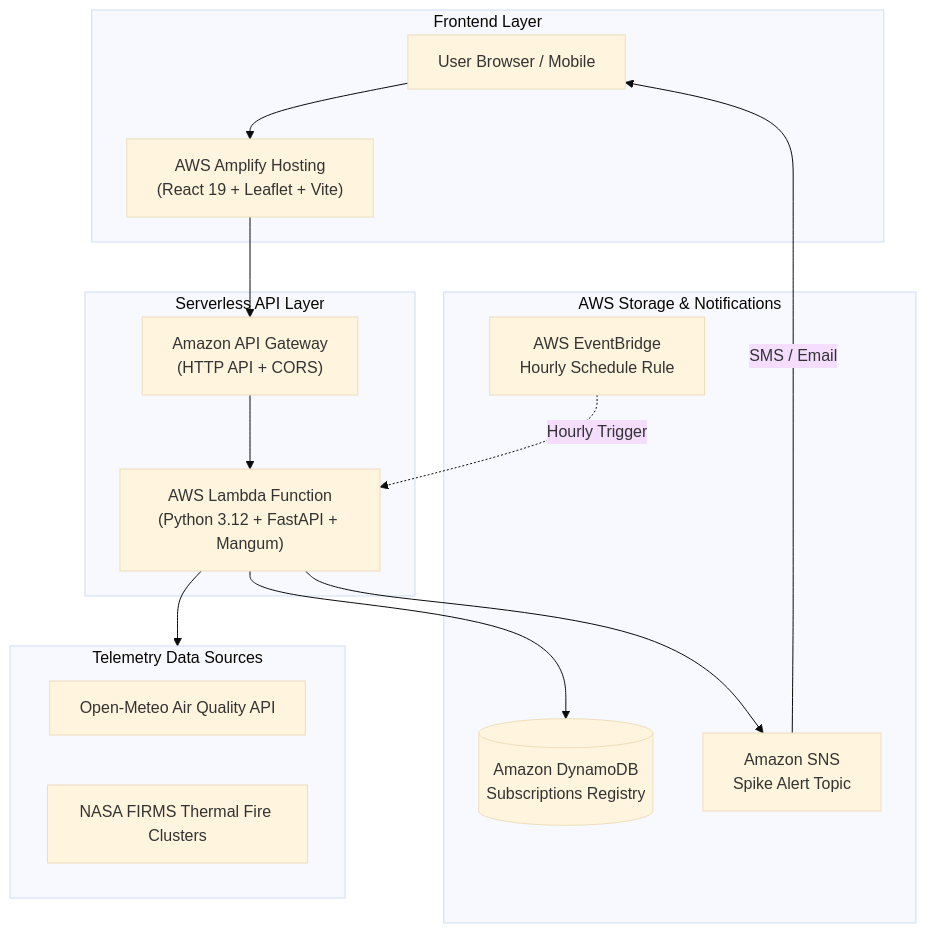
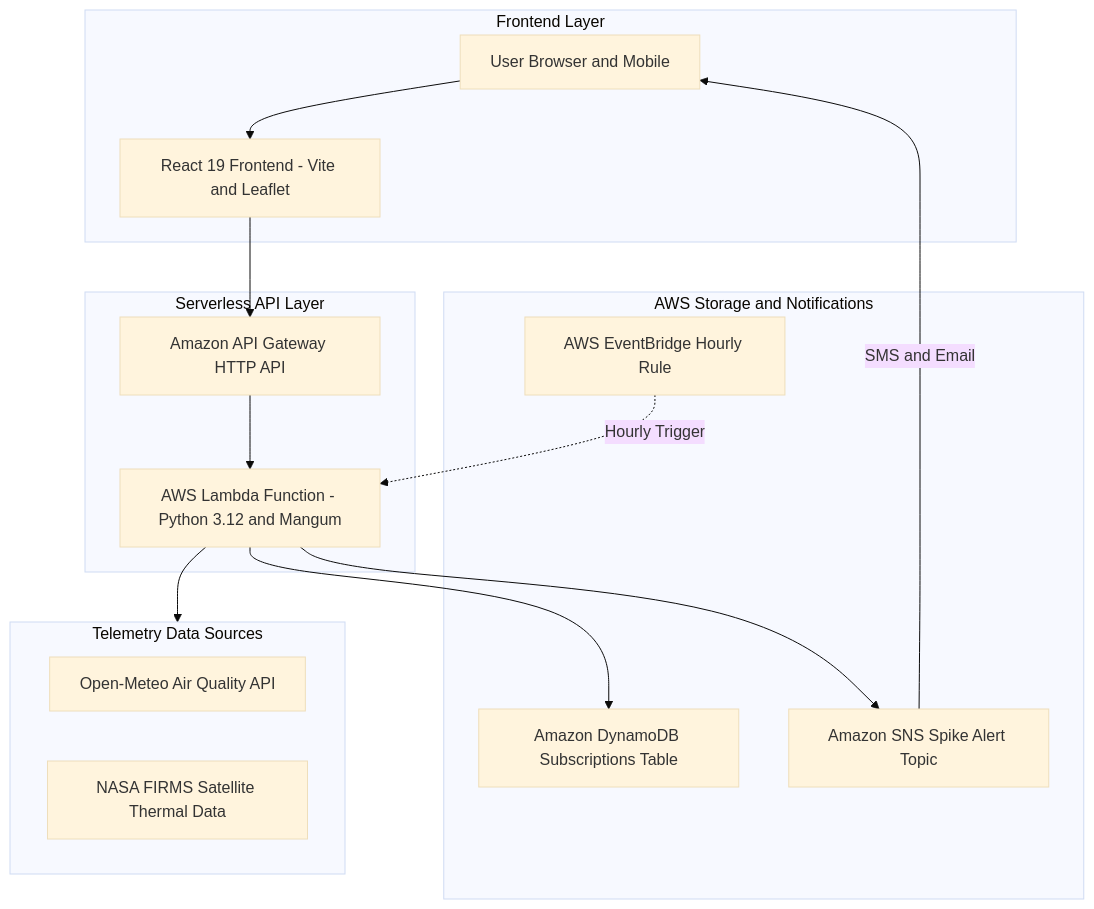
One commit to akshayaparida/better_AQI changed the diagram in HACKATHON_SUBMISSION.md. Above: the diagram before and after it, drawn with Mermaid (base theme). The commit also changed 1 other file, not shown here.

Commit message:
docs: fix Mermaid diagram syntax for clean GitHub rendering

````diff
--- a/HACKATHON_SUBMISSION.md
+++ b/HACKATHON_SUBMISSION.md
@@ -41,32 +41,32 @@
 ```mermaid
 flowchart TD
     subgraph Clients["Frontend Layer"]
-        User["User Browser / Mobile"]
-        Amplify["AWS Amplify Hosting<br/>(React 19 + Leaflet + Vite)"]
+        User["User Browser and Mobile"]
+        Amplify["React 19 Frontend - Vite and Leaflet"]
     end
 
     subgraph Ingestion["Serverless API Layer"]
-        APIGW["Amazon API Gateway<br/>(HTTP API + CORS)"]
-        Lambda["AWS Lambda Function<br/>(Python 3.12 + FastAPI + Mangum)"]
+        APIGW["Amazon API Gateway HTTP API"]
+        Lambda["AWS Lambda Function - Python 3.12 and Mangum"]
     end
 
-    subgraph DataServices["AWS Storage & Notifications"]
-        DynamoDB[("Amazon DynamoDB<br/>Subscriptions Registry")]
-        SNS["Amazon SNS<br/>Spike Alert Topic"]
-        EventBridge["AWS EventBridge<br/>Hourly Schedule Rule"]
+    subgraph DataServices["AWS Storage and Notifications"]
+        DynamoDB["Amazon DynamoDB Subscriptions Table"]
+        SNS["Amazon SNS Spike Alert Topic"]
+        EventBridge["AWS EventBridge Hourly Rule"]
     end
 
     subgraph ExternalFeeds["Telemetry Data Sources"]
         OpenMeteo["Open-Meteo Air Quality API"]
-        NASA["NASA FIRMS Thermal Fire Clusters"]
+        NASA["NASA FIRMS Satellite Thermal Data"]
     end
 
     User --> Amplify
     Amplify --> APIGW
     APIGW --> Lambda
     Lambda --> ExternalFeeds
     Lambda --> DynamoDB
     Lambda --> SNS
     EventBridge -.->|Hourly Trigger| Lambda
-    SNS -->|SMS / Email| User
+    SNS -->|SMS and Email| User
 ```
````
